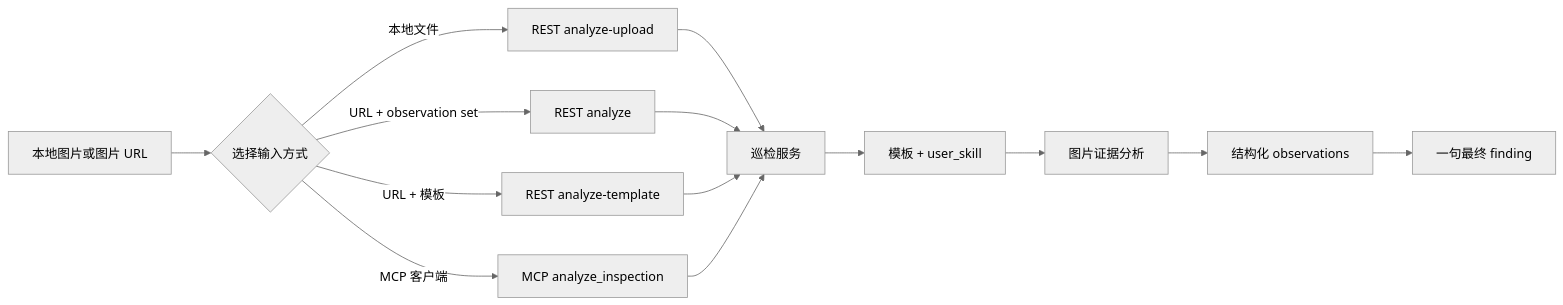
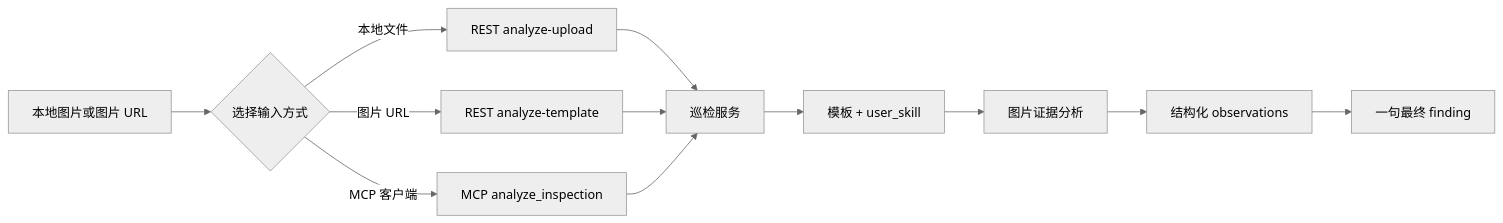
Before and after one commit to archclaw/open-inspection-registry: the diagram in README_cn.md, drawn with Mermaid (neutral theme). The commit also changed other lines of this file and 2 other files, not shown here.

````diff
--- a/README_cn.md
+++ b/README_cn.md
@@ -76,16 +76,14 @@
 ```mermaid
 flowchart LR
     A[本地图片或图片 URL] --> B{选择输入方式}
     B -->|本地文件| C[REST analyze-upload]
-    B -->|URL + observation set| D[REST analyze]
-    B -->|URL + 模板| E[REST analyze-template]
+    B -->|图片 URL| D[REST analyze-template]
     B -->|MCP 客户端| F[MCP analyze_inspection]
     C --> G[巡检服务]
     D --> G
-    E --> G
     F --> G
     G --> H[模板 + user_skill]
     H --> I[图片证据分析]
     I --> J[结构化 observations]
     J --> K[一句最终 finding]
 ```
````
